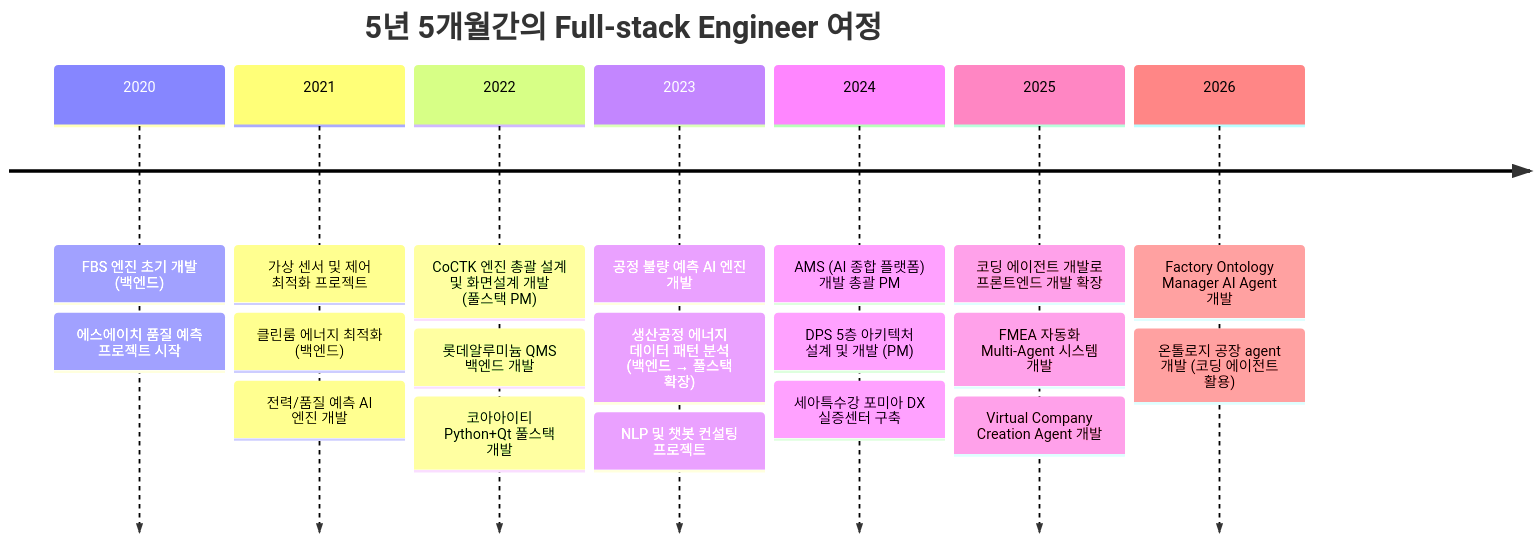
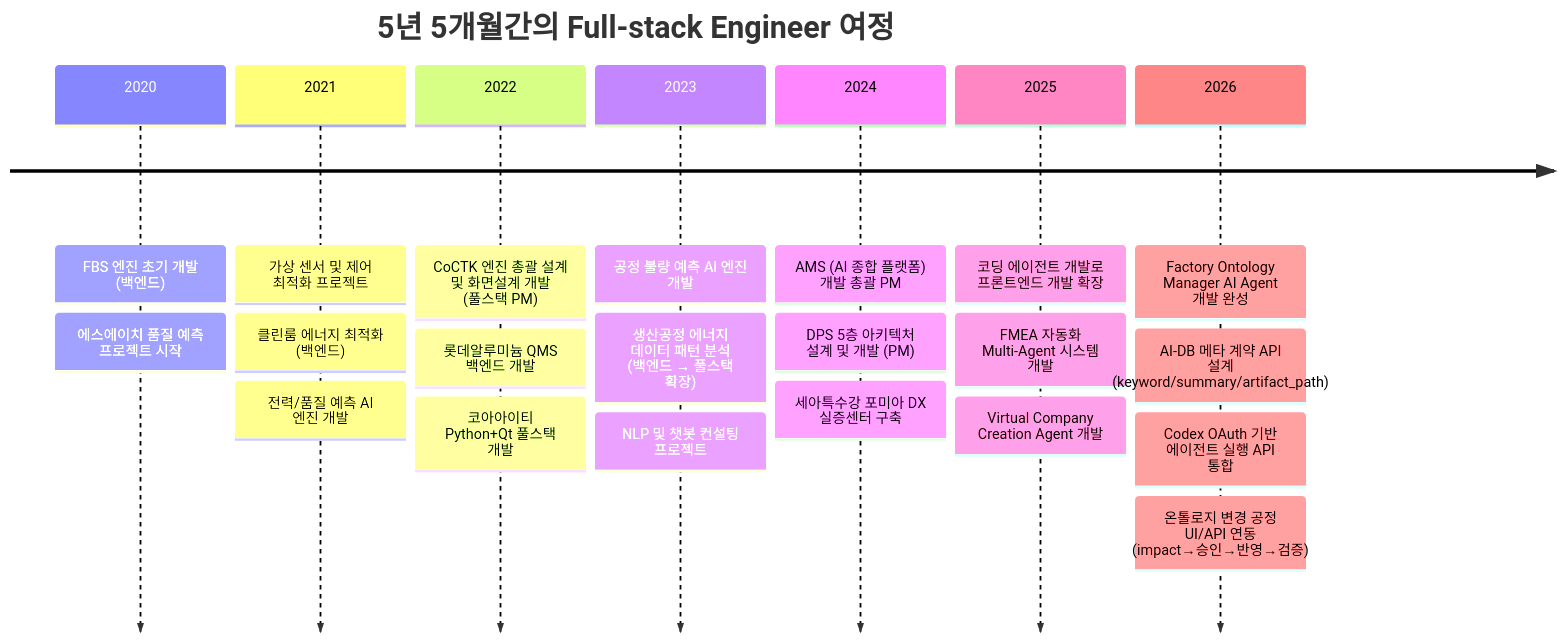
The first of 4 diagrams in portfolio/portfolio_docs/resume_generator/assets/일반공개/권순룡_이력서_일반공개_Fullstack_Engineer.md (moobaek/Testing_AI_agents_for_public_use), drawn with Mermaid before and after one commit. The commit also changed other lines of this file and 14 other files, not shown here.

````diff
--- a/portfolio/portfolio_docs/resume_generator/assets/일반공개/권순룡_이력서_일반공개_Fullstack_Engineer.md
+++ b/portfolio/portfolio_docs/resume_generator/assets/일반공개/권순룡_이력서_일반공개_Fullstack_Engineer.md
@@ -17,23 +17,25 @@
 ```mermaid
 timeline
     title 5년 5개월간의 Full-stack Engineer 여정
     2020 : FBS 엔진 초기 개발 (백엔드)
          : 에스에이치 품질 예측 프로젝트 시작
     2021 : 가상 센서 및 제어 최적화 프로젝트
          : 클린룸 에너지 최적화 (백엔드)
          : 전력/품질 예측 AI 엔진 개발
     2022 : CoCTK 엔진 총괄 설계 및 화면설계 개발 (풀스택 PM)
          : 롯데알루미늄 QMS 백엔드 개발
          : 코아아이티 Python+Qt 풀스택 개발
     2023 : 공정 불량 예측 AI 엔진 개발
          : 생산공정 에너지 데이터 패턴 분석 (백엔드 → 풀스택 확장)
          : NLP 및 챗봇 컨설팅 프로젝트
     2024 : AMS (AI 종합 플랫폼) 개발 총괄 PM
          : DPS 5층 아키텍처 설계 및 개발 (PM)
          : 세아특수강 포미아 DX 실증센터 구축
     2025 : 코딩 에이전트 개발로 프론트엔드 개발 확장
          : FMEA 자동화 Multi-Agent 시스템 개발
          : Virtual Company Creation Agent 개발
-    2026 : Factory Ontology Manager AI Agent 개발
-         : 온톨로지 공장 agent 개발 (코딩 에이전트 활용)
+    2026 : Factory Ontology Manager AI Agent 개발 완성
+         : AI-DB 메타 계약 API 설계 (keyword/summary/artifact_path)
+         : Codex OAuth 기반 에이전트 실행 API 통합
+         : 온톨로지 변경 공정 UI/API 연동 (impact→승인→반영→검증)
 ```
````
